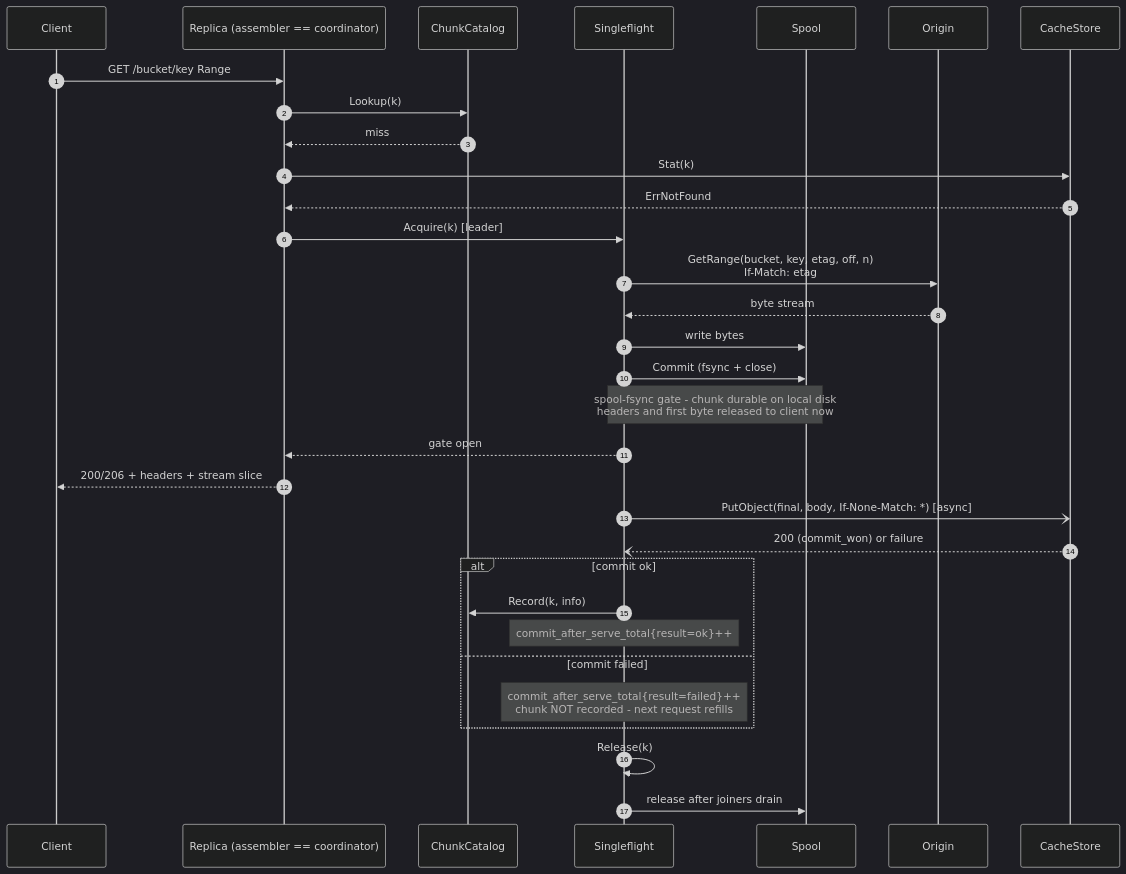
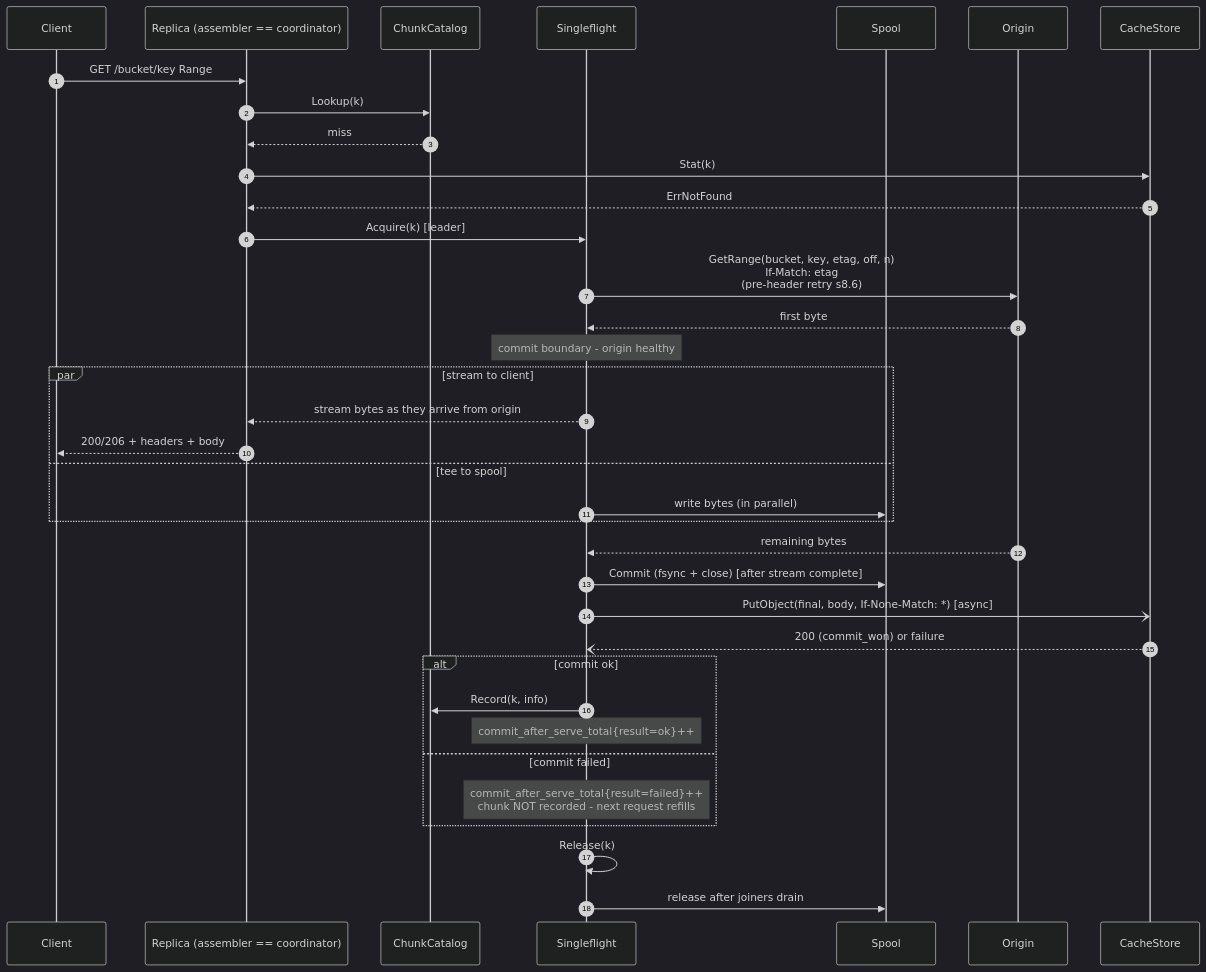
Before and after one commit to Azure/unbounded: the fourth of 13 diagrams in designdocs/origincache/design.md, drawn with Mermaid (dark theme). The commit also changed other lines of this file and 2 other files, not shown here.

````diff
--- a/designdocs/origincache/design.md
+++ b/designdocs/origincache/design.md
@@ -520,34 +545,38 @@
 ```mermaid
 sequenceDiagram
     autonumber
     participant C as Client
     participant R as Replica (assembler == coordinator)
     participant Cat as ChunkCatalog
     participant SF as Singleflight
     participant Sp as Spool
     participant O as Origin
     participant CS as CacheStore
     C->>R: GET /bucket/key Range
     R->>Cat: Lookup(k)
     Cat-->>R: miss
     R->>CS: Stat(k)
     CS-->>R: ErrNotFound
     R->>SF: Acquire(k) [leader]
-    SF->>O: GetRange(bucket, key, etag, off, n)<br/>If-Match: etag
-    O-->>SF: byte stream
-    SF->>Sp: write bytes
-    SF->>Sp: Commit (fsync + close)
-    Note over SF,Sp: spool-fsync gate - chunk durable on local disk<br/>headers and first byte released to client now
-    SF-->>R: gate open
-    R-->>C: 200/206 + headers + stream slice
+    SF->>O: GetRange(bucket, key, etag, off, n)<br/>If-Match: etag<br/>(pre-header retry s8.6)
+    O-->>SF: first byte
+    Note over SF: commit boundary - origin healthy
+    par stream to client
+        SF-->>R: stream bytes as they arrive from origin
+        R-->>C: 200/206 + headers + body
+    and tee to spool
+        SF->>Sp: write bytes (in parallel)
+    end
+    O-->>SF: remaining bytes
+    SF->>Sp: Commit (fsync + close) [after stream complete]
     SF-)CS: PutObject(final, body, If-None-Match: *) [async]
     CS--)SF: 200 (commit_won) or failure
     alt commit ok
         SF->>Cat: Record(k, info)
         Note over SF: commit_after_serve_total{result=ok}++
     else commit failed
         Note over SF: commit_after_serve_total{result=failed}++<br/>chunk NOT recorded - next request refills
     end
     SF->>SF: Release(k)
     SF->>Sp: release after joiners drain
 ```
````
